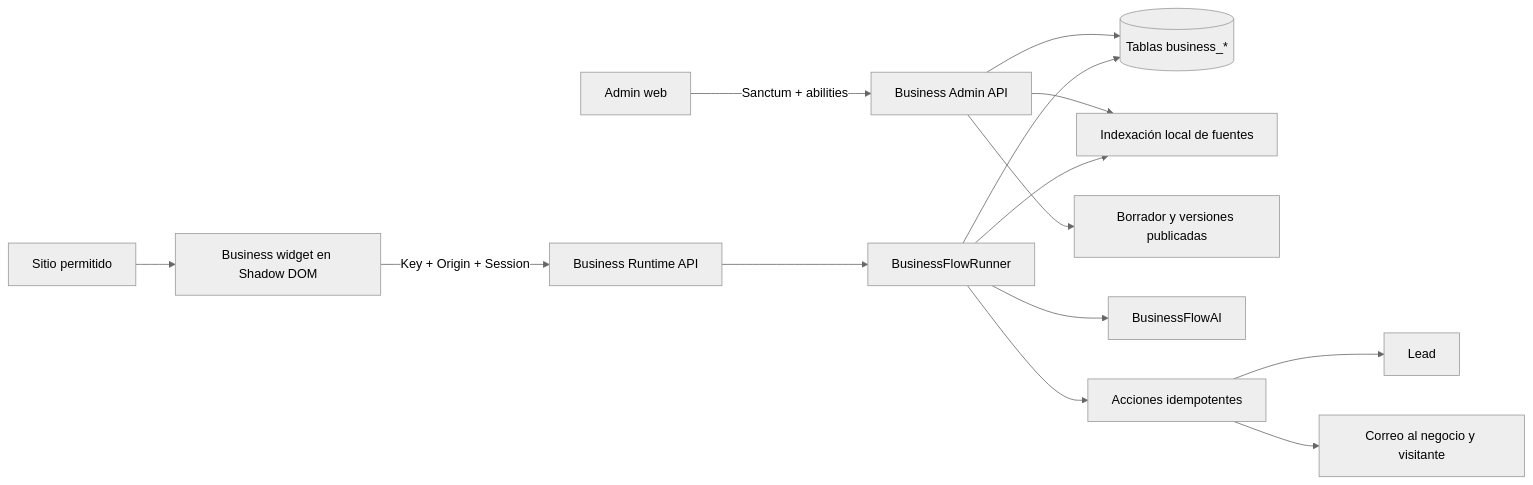
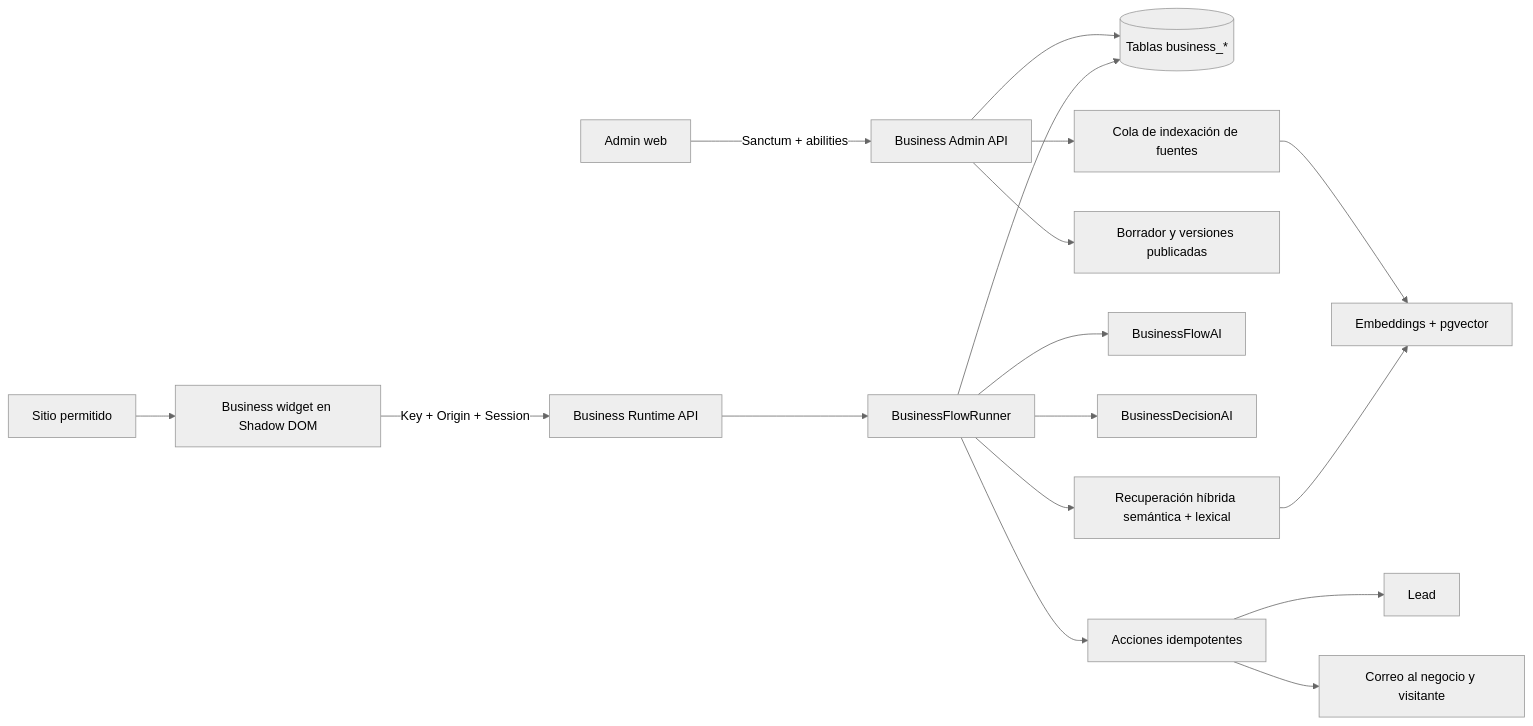
The first of 2 diagrams in docs/business.md (voitity-com/voitity-api), drawn with Mermaid (neutral theme) before and after one commit. The commit also changed other lines of this file and 26 other files, not shown here.

````diff
--- a/docs/business.md
+++ b/docs/business.md
@@ -16,17 +16,20 @@
 ```mermaid
 flowchart LR
     Admin["Admin web"] -->|Sanctum + abilities| AdminAPI["Business Admin API"]
     AdminAPI --> DB[("Tablas business_*")]
-    AdminAPI --> Sources["Indexación local de fuentes"]
+    AdminAPI --> Sources["Cola de indexación de fuentes"]
+    Sources --> Embeddings["Embeddings + pgvector"]
     AdminAPI --> Versions["Borrador y versiones publicadas"]
 
     Host["Sitio permitido"] --> Widget["Business widget en Shadow DOM"]
     Widget -->|Key + Origin + Session| Runtime["Business Runtime API"]
     Runtime --> Runner["BusinessFlowRunner"]
     Runner --> AI["BusinessFlowAI"]
-    Runner --> Sources
+    Runner --> DecisionAI["BusinessDecisionAI"]
+    Runner --> Retrieval["Recuperación híbrida semántica + lexical"]
+    Retrieval --> Embeddings
     Runner --> Actions["Acciones idempotentes"]
     Runner --> DB
     Actions --> Leads["Lead"]
     Actions --> Mail["Correo al negocio y visitante"]
 ```
````
